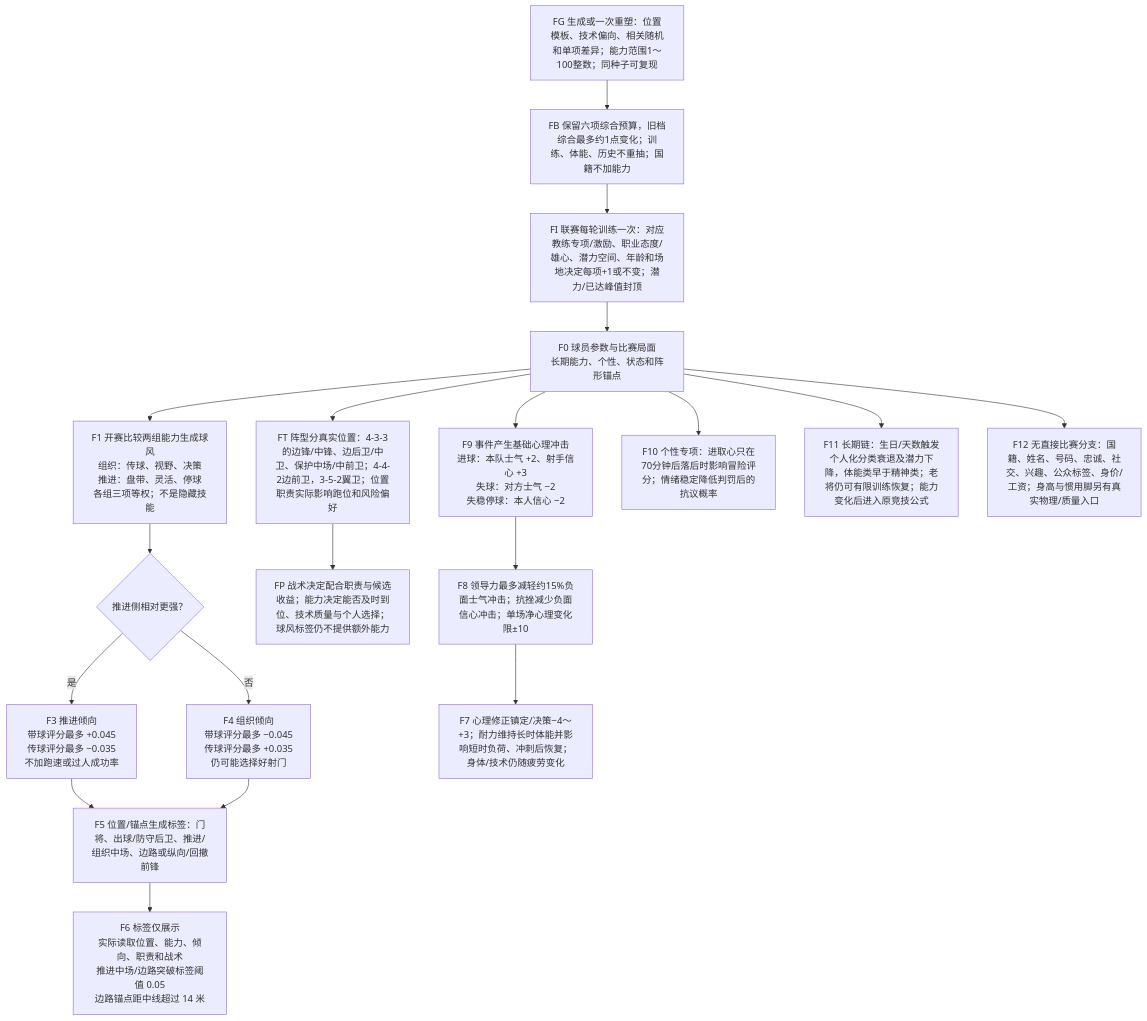
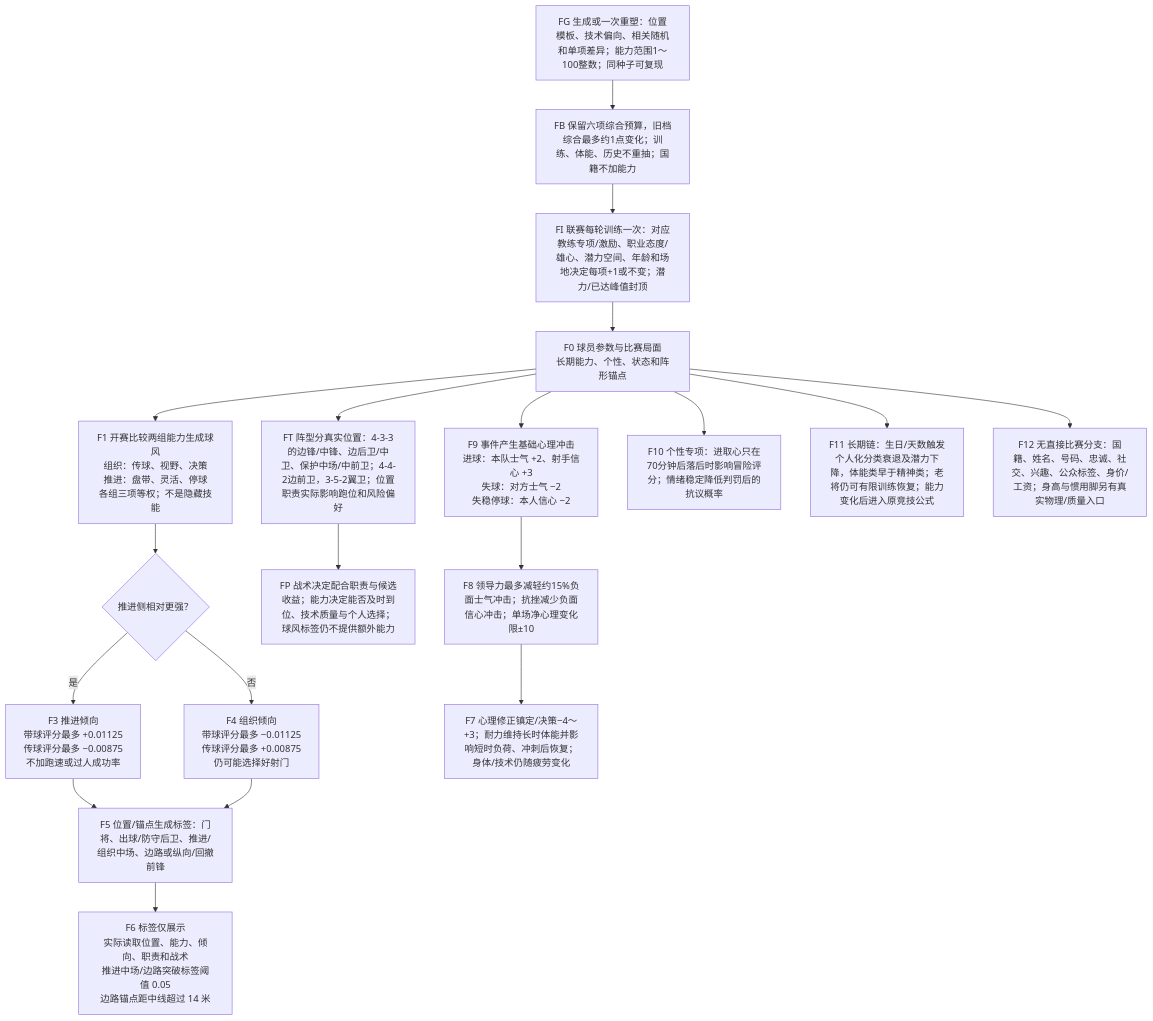
The sixth of 7 diagrams in packages/shared/modules/matches/design/PLAYER_DECISION_MAP.md (sixu3575/touchline-manager), drawn with Mermaid before and after one commit. The commit also changed other lines of this file and 48 other files, not shown here.

````diff
--- a/packages/shared/modules/matches/design/PLAYER_DECISION_MAP.md
+++ b/packages/shared/modules/matches/design/PLAYER_DECISION_MAP.md
@@ -358,21 +206,21 @@
 ```mermaid
 flowchart TD
   FG["FG 生成或一次重塑：位置模板、技术偏向、相关随机和单项差异；能力范围1～100整数；同种子可复现"] --> FB["FB 保留六项综合预算，旧档综合最多约1点变化；训练、体能、历史不重抽；国籍不加能力"]
   FB --> FI["FI 联赛每轮训练一次：对应教练专项/激励、职业态度/雄心、潜力空间、年龄和场地决定每项+1或不变；潜力/已达峰值封顶"]
   FI --> F0
   F0["F0 球员参数与比赛局面<br/>长期能力、个性、状态和阵形锚点"] --> F1["F1 开赛比较两组能力生成球风<br/>组织：传球、视野、决策<br/>推进：盘带、灵活、停球<br/>各组三项等权；不是隐藏技能"]
   F1 --> F2{"推进侧相对更强？"}
-  F2 -->|是| F3["F3 推进倾向<br/>带球评分最多 +0.045<br/>传球评分最多 −0.035<br/>不加跑速或过人成功率"]
-  F2 -->|否| F4["F4 组织倾向<br/>带球评分最多 −0.045<br/>传球评分最多 +0.035<br/>仍可能选择好射门"]
+  F2 -->|是| F3["F3 推进倾向<br/>带球评分最多 +0.01125<br/>传球评分最多 −0.00875<br/>不加跑速或过人成功率"]
+  F2 -->|否| F4["F4 组织倾向<br/>带球评分最多 −0.01125<br/>传球评分最多 +0.00875<br/>仍可能选择好射门"]
   F3 --> F5["F5 位置/锚点生成标签：门将、出球/防守后卫、推进/组织中场、边路或纵向/回撤前锋"]
   F4 --> F5
   F5 --> F6["F6 标签仅展示<br/>实际读取位置、能力、倾向、职责和战术<br/>推进中场/边路突破标签阈值 0.05<br/>边路锚点距中线超过 14 米"]
   F0 --> FT["FT 阵型分真实位置：4-3-3的边锋/中锋、边后卫/中卫、保护中场/中前卫；4-4-2边前卫，3-5-2翼卫；位置职责实际影响跑位和风险偏好"]
   FT --> FP["FP 战术决定配合职责与候选收益；能力决定能否及时到位、技术质量与个人选择；球风标签仍不提供额外能力"]
   F0 --> F9["F9 事件产生基础心理冲击<br/>进球：本队士气 +2、射手信心 +3<br/>失球：对方士气 −2<br/>失稳停球：本人信心 −2"]
   F9 --> F8["F8 领导力最多减轻约15%负面士气冲击；抗挫减少负面信心冲击；单场净心理变化限±10"]
   F8 --> F7["F7 心理修正镇定/决策−4～+3；耐力维持长时体能并影响短时负荷、冲刺后恢复；身体/技术仍随疲劳变化"]
   F0 --> F10["F10 个性专项：进取心只在70分钟后落后时影响冒险评分；情绪稳定降低判罚后的抗议概率"]
   F0 --> F11["F11 长期链：生日/天数触发个人化分类衰退及潜力下降，体能类早于精神类；老将仍可有限训练恢复；能力变化后进入原竞技公式"]
   F0 --> F12["F12 无直接比赛分支：国籍、姓名、号码、忠诚、社交、兴趣、公众标签、身价/工资；身高与惯用脚另有真实物理/质量入口"]
 ```
````
